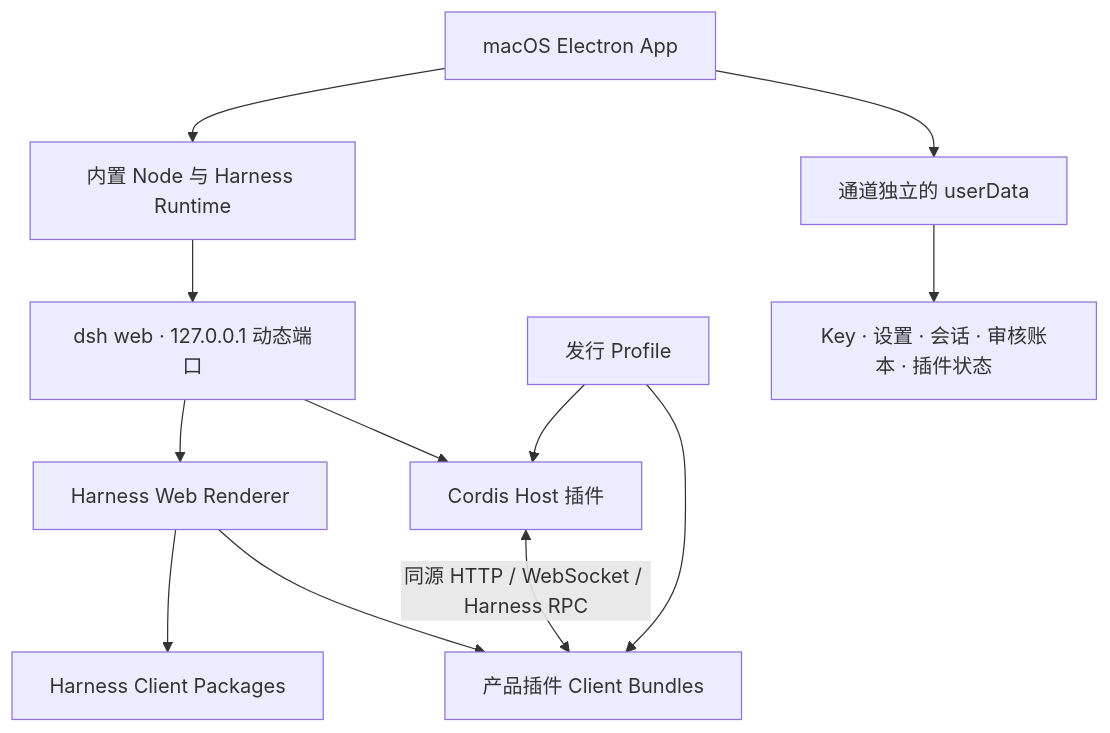
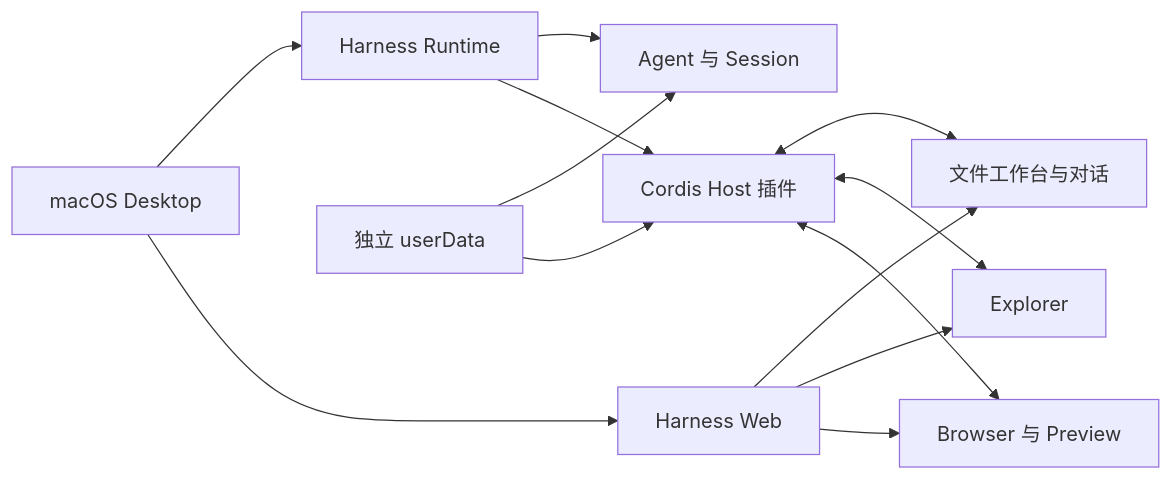
One commit to snzhi000-sys/harness-macos-desktop-plugin-suite changed the diagram in README.md. Above: the diagram before and after it, drawn with Mermaid. The commit also changed other lines of this file and 8 other files, not shown here.

````diff
--- a/README.md
+++ b/README.md
@@ -64,14 +109,15 @@
 ```mermaid
-flowchart TD
-  A[macOS Electron App] --> B[内置 Node 与 Harness Runtime]
-  A --> C[通道独立的 userData]
-  B --> D[dsh web · 127.0.0.1 动态端口]
-  D --> E[Harness Web Renderer]
-  D --> F[Cordis Host 插件]
-  E --> G[Harness Client Packages]
-  E --> H[产品插件 Client Bundles]
-  F <-->|同源 HTTP / WebSocket / Harness RPC| H
-  I[发行 Profile] --> F
-  I --> H
-  C --> J[Key · 设置 · 会话 · 审核账本 · 插件状态]
+flowchart LR
+  A[macOS Desktop] --> B[Harness Runtime]
+  B --> C[Agent 与 Session]
+  B --> D[Cordis Host 插件]
+  A --> E[Harness Web]
+  E --> F[文件工作台与对话]
+  E --> G[Explorer]
+  E --> H[Browser 与 Preview]
+  D <--> F
+  D <--> G
+  D <--> H
+  I[独立 userData] --> C
+  I --> D
 ```
````
